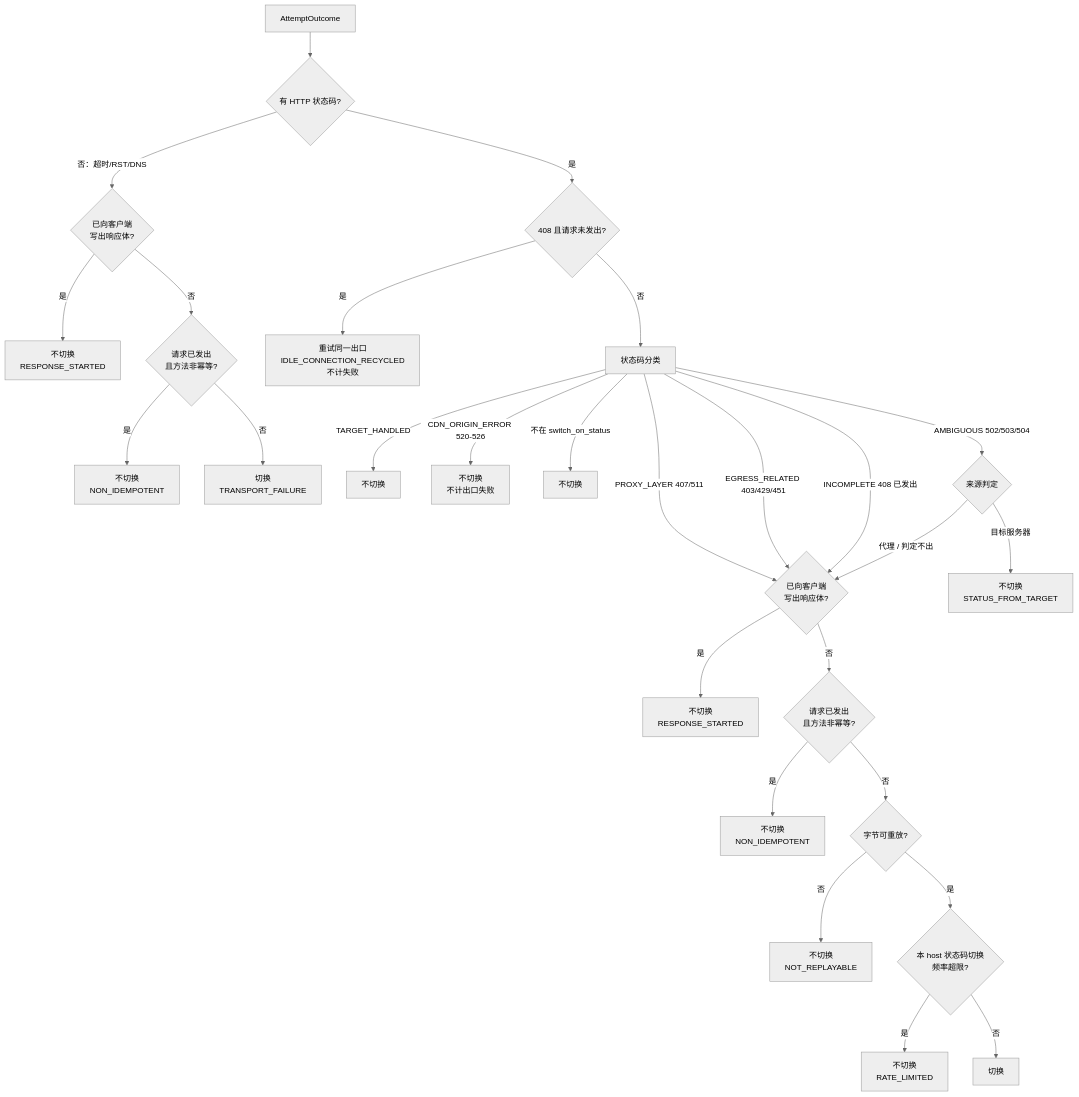
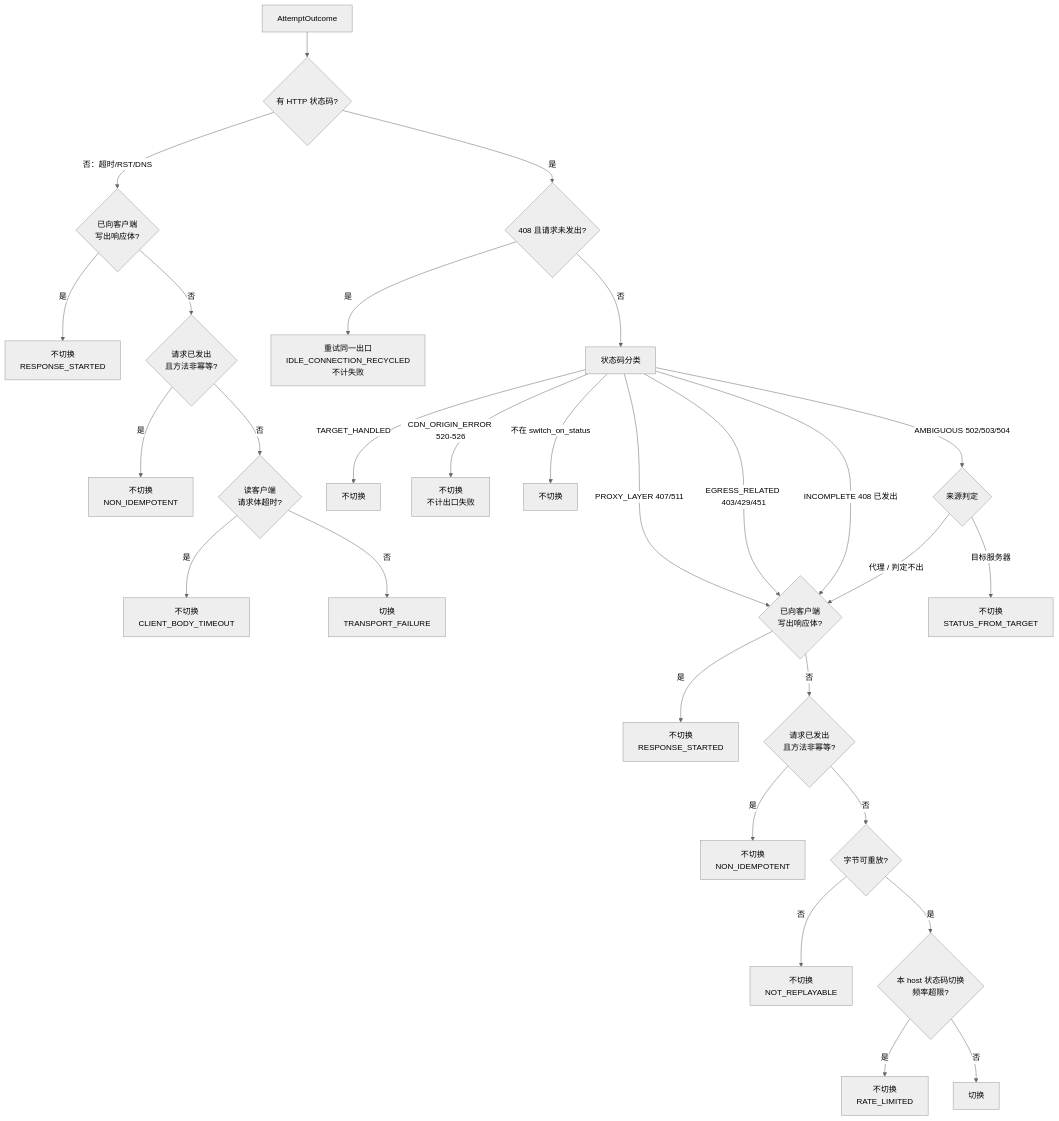
Before and after one commit to zx2015/r_proxy: the first of 3 diagrams in docs/design/DD_SWITCHING.md, drawn with Mermaid (neutral theme). The commit also changed other lines of this file and 21 other files, not shown here.

````diff
--- a/docs/design/DD_SWITCHING.md
+++ b/docs/design/DD_SWITCHING.md
@@ -92,34 +100,36 @@
 ```mermaid
 flowchart TD
     A[AttemptOutcome] --> B{有 HTTP 状态码?}
     B -->|否：超时/RST/DNS| T1{已向客户端<br/>写出响应体?}
     T1 -->|是| K0[不切换<br/>RESPONSE_STARTED]
     T1 -->|否| T2{请求已发出<br/>且方法非幂等?}
     T2 -->|是| K9[不切换<br/>NON_IDEMPOTENT]
-    T2 -->|否| SW1[切换<br/>TRANSPORT_FAILURE]
+    T2 -->|否| T3{读客户端<br/>请求体超时?}
+    T3 -->|是| K10[不切换<br/>CLIENT_BODY_TIMEOUT]
+    T3 -->|否| SW1[切换<br/>TRANSPORT_FAILURE]
 
     B -->|是| C{408 且请求未发出?}
     C -->|是| R[重试同一出口<br/>IDLE_CONNECTION_RECYCLED<br/>不计失败]
 
     C -->|否| D[状态码分类]
     D -->|TARGET_HANDLED| K1[不切换]
     D -->|CDN_ORIGIN_ERROR 520-526| K2[不切换<br/>不计出口失败]
     D -->|不在 switch_on_status| K3[不切换]
 
     D -->|PROXY_LAYER 407/511| E
     D -->|AMBIGUOUS 502/503/504| F{来源判定}
     D -->|EGRESS_RELATED 403/429/451| E
     D -->|INCOMPLETE 408 已发出| E
 
     F -->|目标服务器| K4[不切换<br/>STATUS_FROM_TARGET]
     F -->|代理 / 判定不出| E
 
     E{已向客户端<br/>写出响应体?} -->|是| K5[不切换<br/>RESPONSE_STARTED]
     E -->|否| G{请求已发出<br/>且方法非幂等?}
     G -->|是| K6[不切换<br/>NON_IDEMPOTENT]
     G -->|否| H{字节可重放?}
     H -->|否| K7[不切换<br/>NOT_REPLAYABLE]
     H -->|是| I{本 host 状态码切换<br/>频率超限?}
     I -->|是| K8[不切换<br/>RATE_LIMITED]
     I -->|否| SW2[切换]
 ```
````
